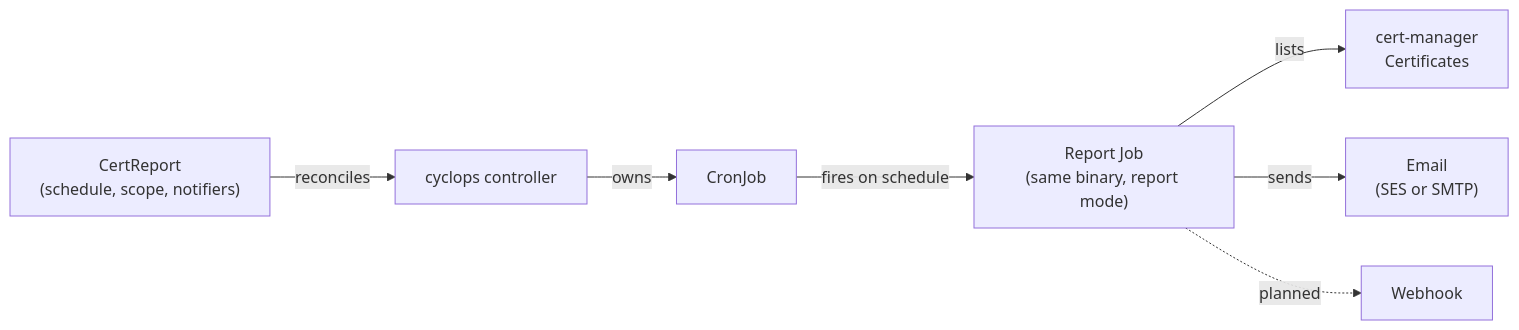
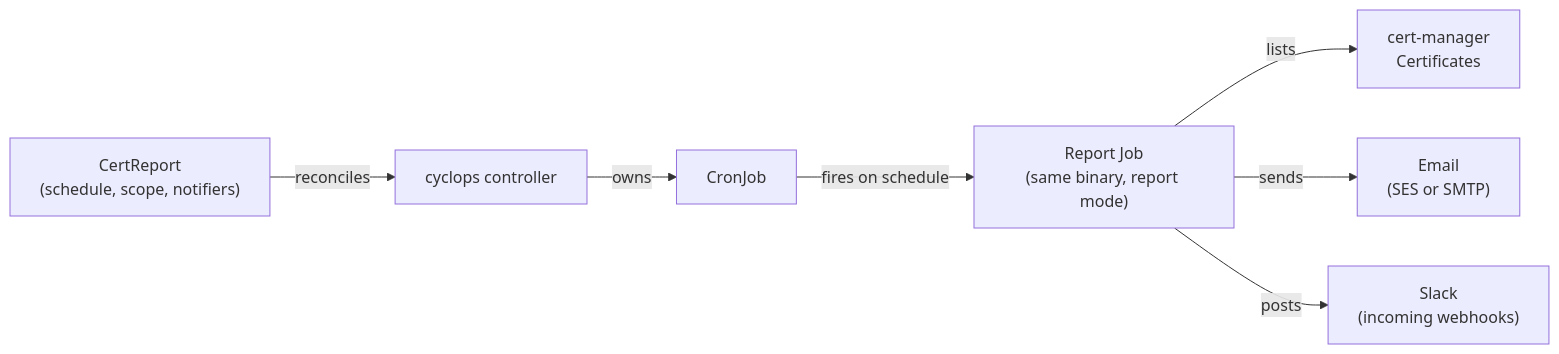
Before and after one commit to sakshitposting-irl/cyclops: the diagram in README.md, drawn with Mermaid. The commit also changed other lines of this file and 2 other files, not shown here.

First line of the commit message:
docs: document the Slack notifier and record its CRD shape

````diff
--- a/README.md
+++ b/README.md
@@ -28,9 +28,9 @@
 ```mermaid
 flowchart LR
     CR["CertReport<br/>(schedule, scope, notifiers)"] -->|reconciles| CTRL[cyclops controller]
     CTRL -->|owns| CJ[CronJob]
     CJ -->|fires on schedule| JOB["Report Job<br/>(same binary, report mode)"]
     JOB -->|lists| CM["cert-manager<br/>Certificates"]
     JOB -->|sends| MAIL["Email<br/>(SES or SMTP)"]
-    JOB -.->|planned| HOOK[Webhook]
+    JOB -->|posts| HOOK["Slack<br/>(incoming webhooks)"]
 ```
````
